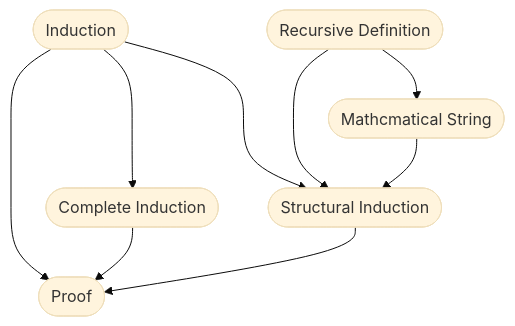
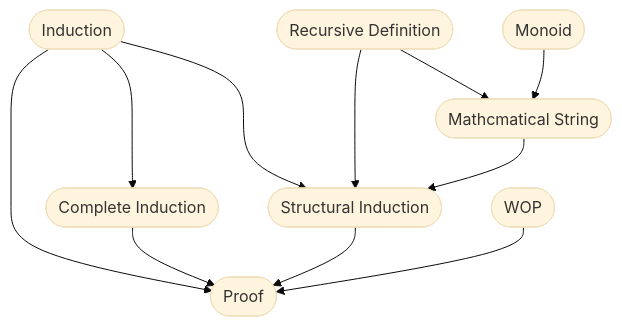
The second of 2 diagrams in rc_note/rc0/rc0.md (TangJingfan/ve203-notes), drawn with Mermaid (base theme) before and after one commit. The commit also changed other lines of this file, not shown here.

````diff
--- a/rc_note/rc0/rc0.md
+++ b/rc_note/rc0/rc0.md
@@ -49,17 +49,21 @@
 ```mermaid
     graph
     A(["Induction"])
     B(["Complete Induction"])
     C(["Recursive Definition"])
     D(["Structural Induction"])
     E(["Mathcmatical String"])
     F(["Proof"])
+    G(["Monoid"])
+    H(["WOP"])
     A ---> B
     A ---> D
     C --> D
     C --> E
     E --> D
     A --> F
     B --> F
     D --> F
+    G --> E
+    H --> F
 ```
````
